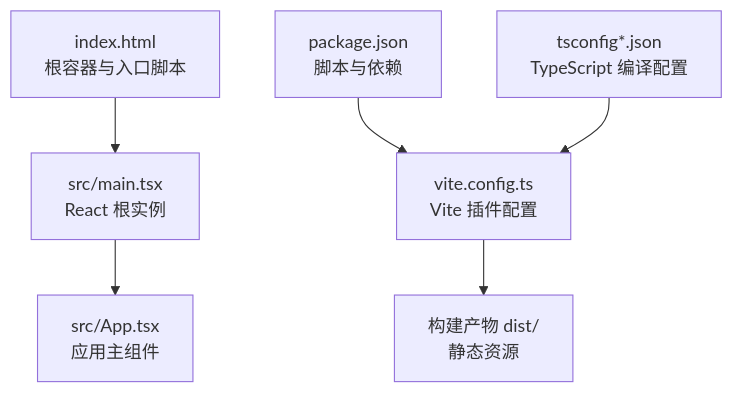
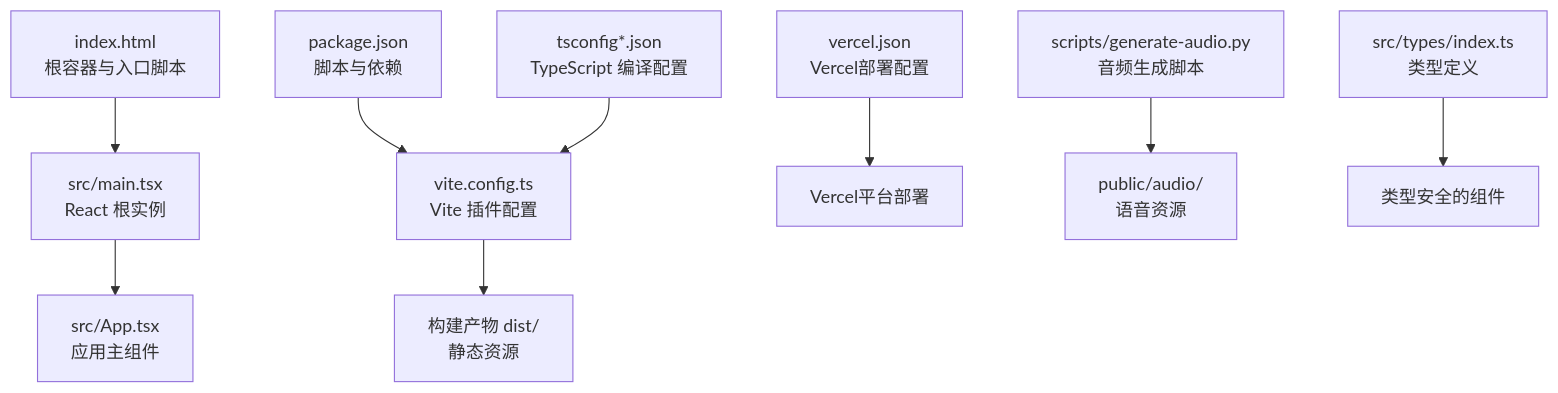
One commit to wudeng2005/rainbow-learning changed the first of 3 diagrams in .qoder/repowiki/zh/content/构建与部署.md. Above: the diagram before and after it, drawn with Mermaid. The commit also changed other lines of this file and 55 other files, not shown here.

````diff
--- a/.qoder/repowiki/zh/content/构建与部署.md
+++ b/.qoder/repowiki/zh/content/构建与部署.md
@@ -38,8 +56,11 @@
 ```mermaid
 graph TB
 A["index.html<br/>根容器与入口脚本"] --> B["src/main.tsx<br/>React 根实例"]
 B --> C["src/App.tsx<br/>应用主组件"]
 D["vite.config.ts<br/>Vite 插件配置"] --> E["构建产物 dist/<br/>静态资源"]
 F["package.json<br/>脚本与依赖"] --> D
 G["tsconfig*.json<br/>TypeScript 编译配置"] --> D
+H["vercel.json<br/>Vercel部署配置"] --> I["Vercel平台部署"]
+J["scripts/generate-audio.py<br/>音频生成脚本"] --> K["public/audio/<br/>语音资源"]
+L["src/types/index.ts<br/>类型定义"] --> M["类型安全的组件"]
 ```
````
